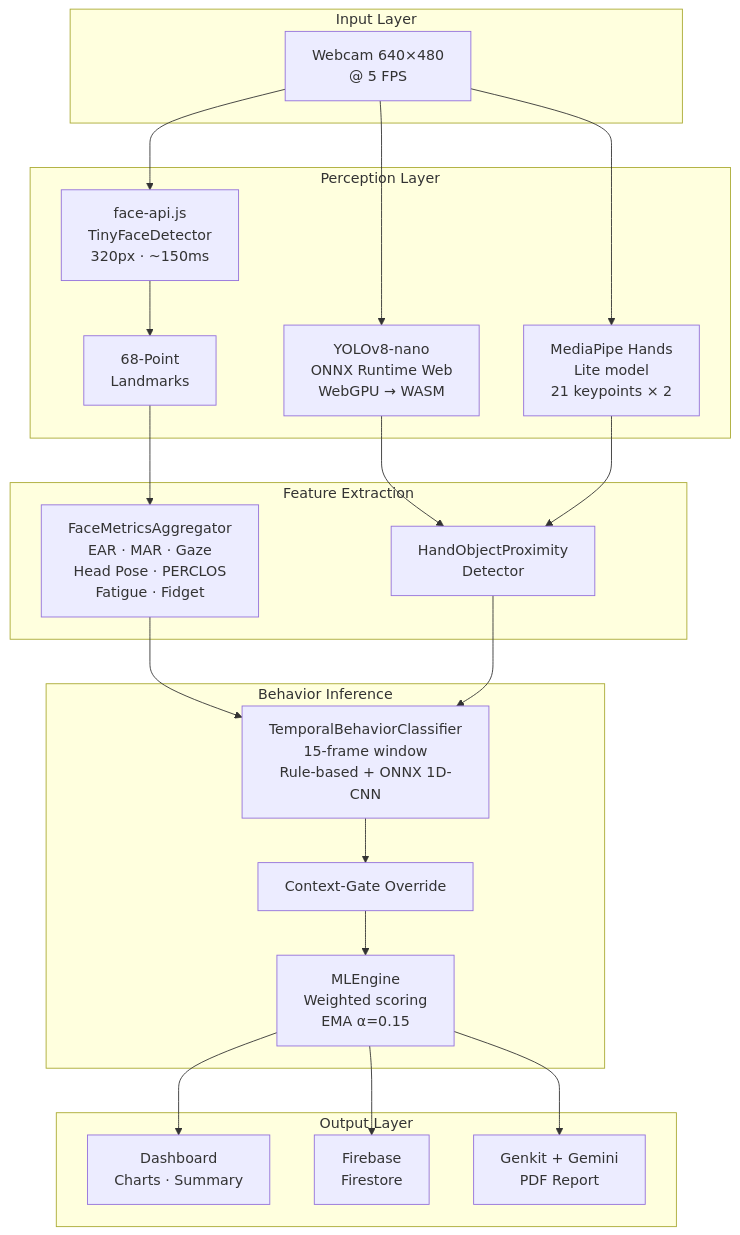
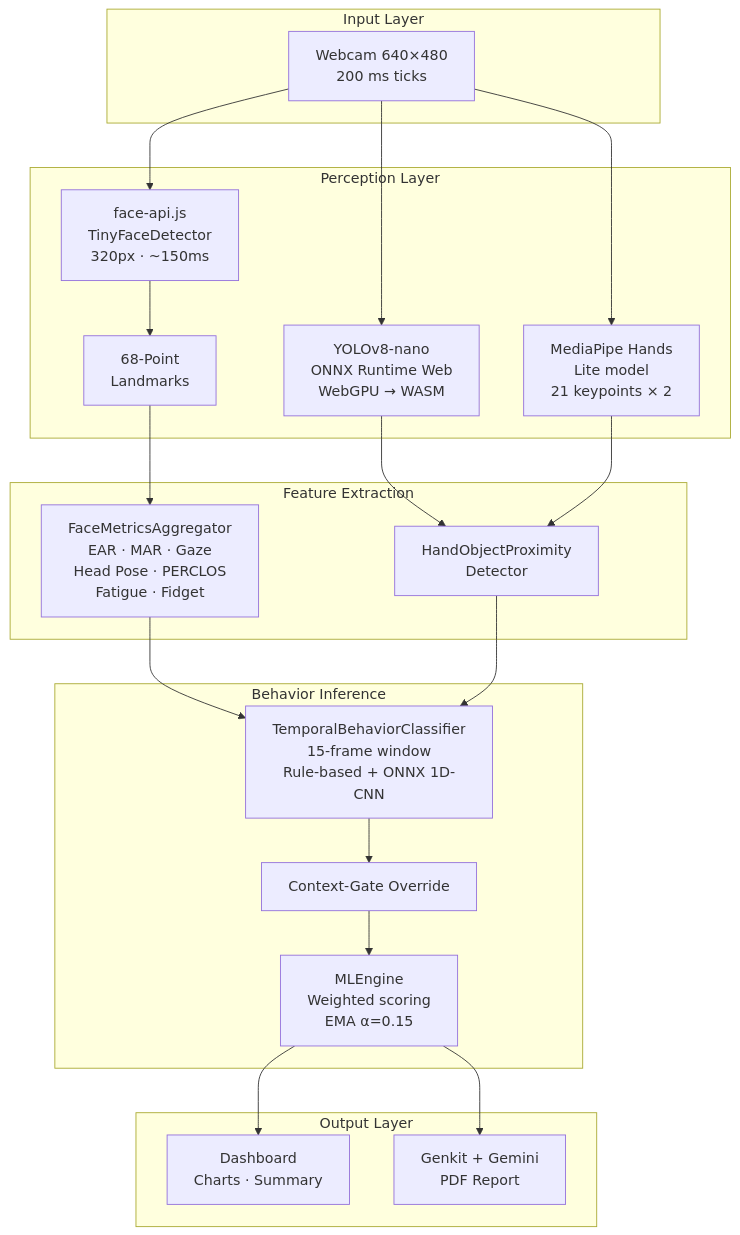
The second of 4 diagrams in README-v1.0.md (hrishikeshjh/AttentionTrackerOSS), drawn with Mermaid before and after one commit. The commit also changed other lines of this file and 10 other files, not shown here.

````diff
--- a/README-v1.0.md
+++ b/README-v1.0.md
@@ -89,37 +89,36 @@
 ```mermaid
 flowchart TD
     subgraph Input["Input Layer"]
-        WC["Webcam 640×480<br/>@ 5 FPS"]
+        WC["Webcam 640×480<br/>200 ms ticks"]
     end
 
     subgraph Perception["Perception Layer"]
         FD["face-api.js<br/>TinyFaceDetector<br/>320px · ~150ms"]
         LM["68-Point<br/>Landmarks"]
         OD["YOLOv8-nano<br/>ONNX Runtime Web<br/>WebGPU → WASM"]
         HT["MediaPipe Hands<br/>Lite model<br/>21 keypoints × 2"]
     end
 
     subgraph Features["Feature Extraction"]
         FMA["FaceMetricsAggregator<br/>EAR · MAR · Gaze<br/>Head Pose · PERCLOS<br/>Fatigue · Fidget"]
         HOP["HandObjectProximity<br/>Detector"]
     end
 
     subgraph Inference["Behavior Inference"]
         TC["TemporalBehaviorClassifier<br/>15-frame window<br/>Rule-based + ONNX 1D-CNN"]
         CG["Context-Gate Override"]
         ML["MLEngine<br/>Weighted scoring<br/>EMA α=0.15"]
     end
 
     subgraph Output["Output Layer"]
         DASH["Dashboard<br/>Charts · Summary"]
-        FB["Firebase<br/>Firestore"]
         PDF["Genkit + Gemini<br/>PDF Report"]
     end
 
     WC --> FD --> LM --> FMA
     WC --> OD
     WC --> HT
     OD & HT --> HOP
     FMA & HOP --> TC --> CG --> ML
-    ML --> DASH & FB & PDF
+    ML --> DASH & PDF
 ```
````
